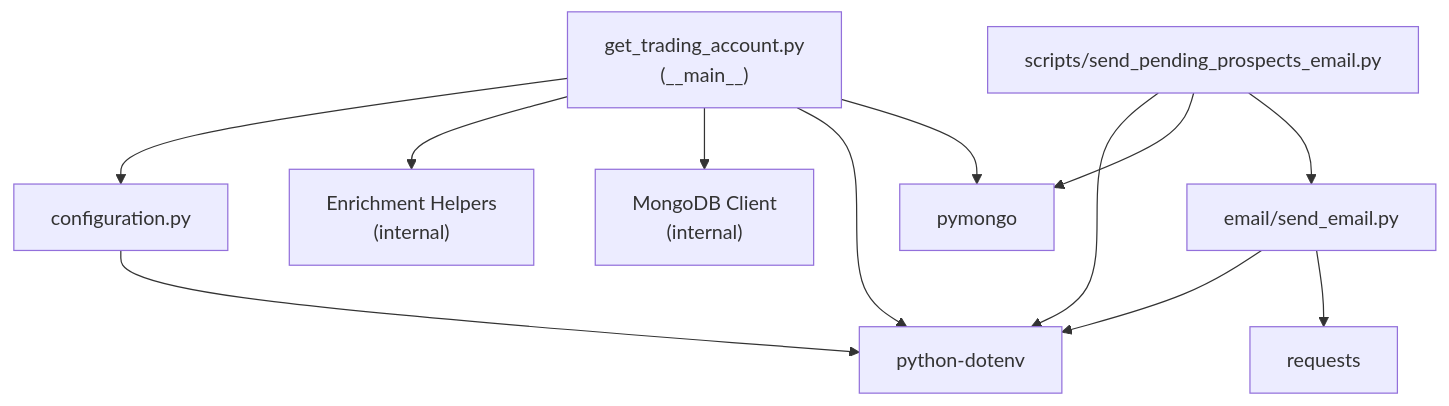
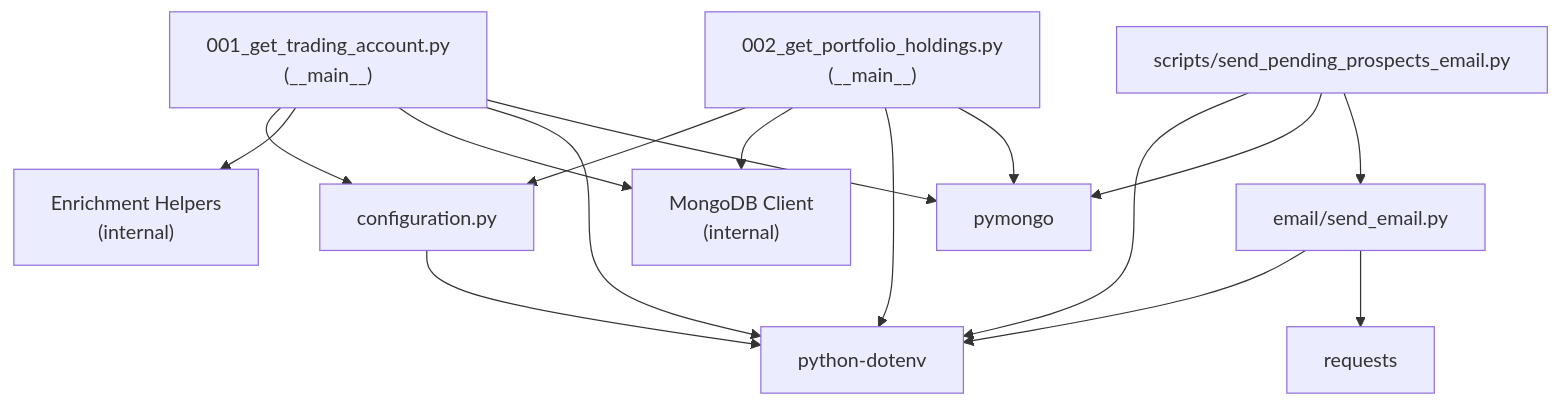
Before and after one commit to Vestra-Capital/VES-data-collection-processing: the third of 7 diagrams in README.md, drawn with Mermaid. The commit also changed other lines of this file and 6 other files, not shown here.

Commit message:
dev-portfolio-trading-account-upsert-validation-structure-

````diff
--- a/README.md
+++ b/README.md
@@ -101,14 +109,18 @@
 ```mermaid
 graph TD
-    MAIN["get_trading_account.py<br/>(__main__)"] --> CONFIG["configuration.py"]
+    MAIN["001_get_trading_account.py<br/>(__main__)"] --> CONFIG["configuration.py"]
     MAIN --> ENRICH["Enrichment Helpers<br/>(internal)"]
     MAIN --> MONGO["MongoDB Client<br/>(internal)"]
+    HOLDINGS["002_get_portfolio_holdings.py<br/>(__main__)"] --> CONFIG
+    HOLDINGS --> MONGO
     EMAIL["email/send_email.py"] --> DOTENV["python-dotenv"]
     CONFIG --> DOTENV
     MAIN --> DOTENV
+    HOLDINGS --> DOTENV
     MAIN --> PYTHON_MONGO["pymongo"]
+    HOLDINGS --> PYTHON_MONGO
     EMAIL --> REQUESTS["requests"]
     PROSPECTS["scripts/send_pending_prospects_email.py"] --> DOTENV
     PROSPECTS --> PYTHON_MONGO
     PROSPECTS --> EMAIL
 ```
````
